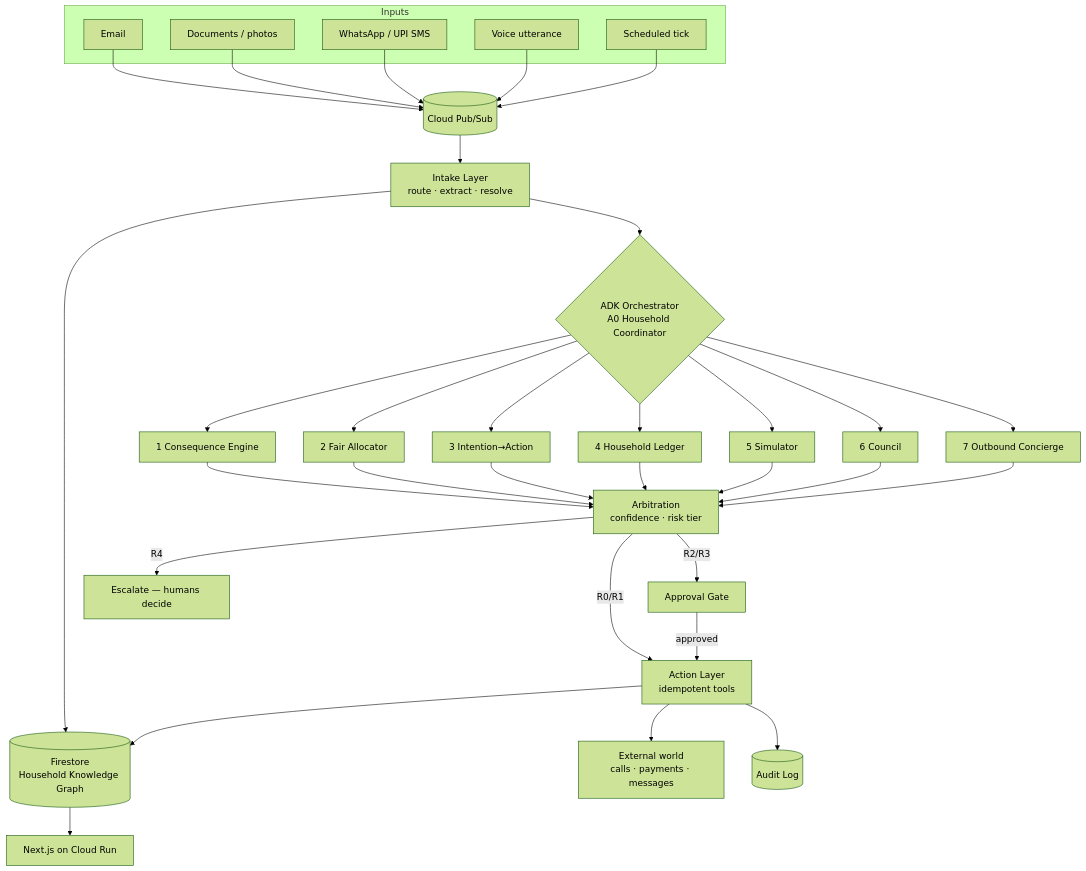
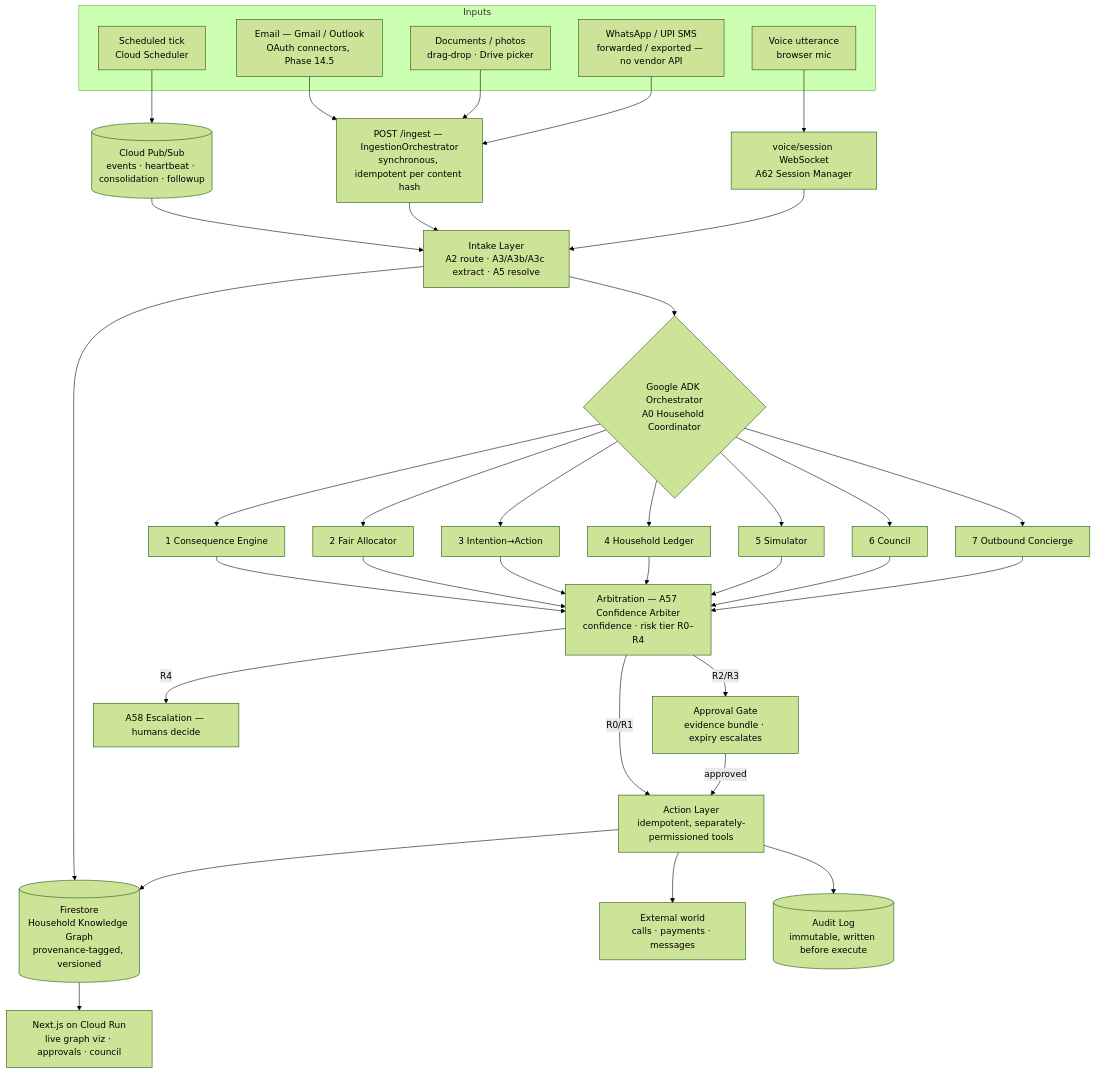
Before and after one commit to doshikaran/GharOS: the diagram in docs/diagrams/01-system.md, drawn with Mermaid (forest theme). The commit also changed other lines of this file and 69 other files, not shown here.

````diff
--- a/docs/diagrams/01-system.md
+++ b/docs/diagrams/01-system.md
@@ -5,33 +5,37 @@
 ```mermaid
 flowchart TB
     subgraph IN[Inputs]
-        A1[Email]
-        A2[Documents / photos]
-        A3[WhatsApp / UPI SMS]
-        A4[Voice utterance]
-        A5[Scheduled tick]
+        A1[Email — Gmail / Outlook<br/>OAuth connectors, Phase 14.5]
+        A2[Documents / photos<br/>drag-drop · Drive picker]
+        A3[WhatsApp / UPI SMS<br/>forwarded / exported — no vendor API]
+        A4[Voice utterance<br/>browser mic]
+        A5[Scheduled tick<br/>Cloud Scheduler]
     end
 
-    A1 & A2 & A3 & A4 & A5 --> PS[(Cloud Pub/Sub)]
-    PS --> INTAKE[Intake Layer<br/>route · extract · resolve]
-    INTAKE --> GRAPH[(Firestore<br/>Household Knowledge Graph)]
-    INTAKE --> ORCH{ADK Orchestrator<br/>A0 Household Coordinator}
+    A5 --> PS[(Cloud Pub/Sub<br/>events · heartbeat · consolidation · followup)]
+    A1 & A2 & A3 --> ING["POST /ingest — IngestionOrchestrator<br/>synchronous, idempotent per content hash"]
+    A4 --> WS["voice/session WebSocket<br/>A62 Session Manager"]
+    PS --> INTAKE
+    ING --> INTAKE
+    WS --> INTAKE["Intake Layer<br/>A2 route · A3/A3b/A3c extract · A5 resolve"]
+    INTAKE --> GRAPH[(Firestore<br/>Household Knowledge Graph<br/>provenance-tagged, versioned)]
+    INTAKE --> ORCH{Google ADK Orchestrator<br/>A0 Household Coordinator}
 
     ORCH --> S1[1 Consequence Engine]
     ORCH --> S2[2 Fair Allocator]
     ORCH --> S3[3 Intention→Action]
     ORCH --> S4[4 Household Ledger]
     ORCH --> S5[5 Simulator]
     ORCH --> S6[6 Council]
     ORCH --> S7[7 Outbound Concierge]
 
-    S1 & S2 & S3 & S4 & S5 & S6 & S7 --> ARB[Arbitration<br/>confidence · risk tier]
-    ARB -->|R0/R1| ACT[Action Layer<br/>idempotent tools]
-    ARB -->|R2/R3| GATE[Approval Gate]
-    ARB -->|R4| ESC[Escalate — humans decide]
+    S1 & S2 & S3 & S4 & S5 & S6 & S7 --> ARB[Arbitration — A57 Confidence Arbiter<br/>confidence · risk tier R0–R4]
+    ARB -->|R0/R1| ACT[Action Layer<br/>idempotent, separately-permissioned tools]
+    ARB -->|R2/R3| GATE[Approval Gate<br/>evidence bundle · expiry escalates]
+    ARB -->|R4| ESC[A58 Escalation — humans decide]
     GATE -->|approved| ACT
     ACT --> EXT[External world<br/>calls · payments · messages]
     ACT --> GRAPH
-    ACT --> AUD[(Audit Log)]
-    GRAPH --> UI[Next.js on Cloud Run]
+    ACT --> AUD[(Audit Log<br/>immutable, written before execute)]
+    GRAPH --> UI[Next.js on Cloud Run<br/>live graph viz · approvals · council]
 ```
````
